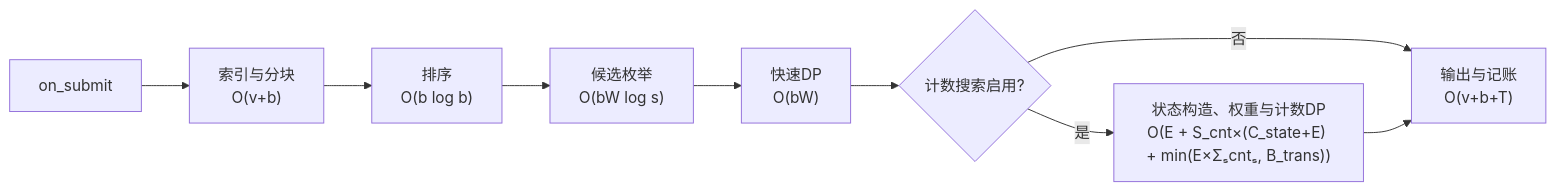
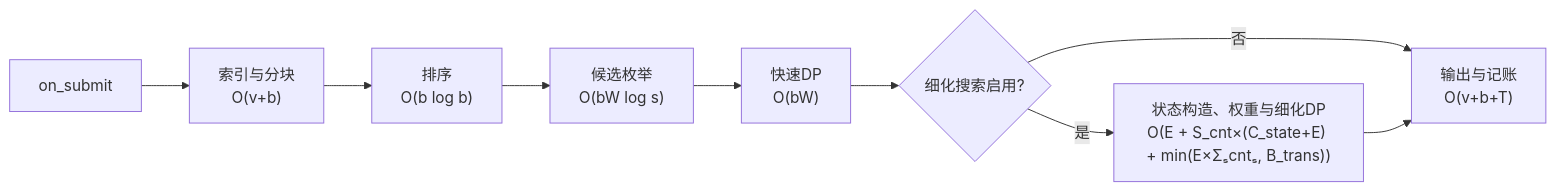
One commit to dpj135/hackathon changed the diagram in submissions/kaisennhu/04_算法设计与复杂度/复杂度分析.md. Above: the diagram before and after it, drawn with Mermaid. The commit also changed other lines of this file and 4 other files, not shown here.

````diff
--- a/submissions/kaisennhu/04_算法设计与复杂度/复杂度分析.md
+++ b/submissions/kaisennhu/04_算法设计与复杂度/复杂度分析.md
@@ -7,11 +7,11 @@
 ```mermaid
 flowchart LR
     A["on_submit"] --> B["索引与分块<br/>O(v+b)"]
     B --> C["排序<br/>O(b log b)"]
     C --> D["候选枚举<br/>O(bW log s)"]
     D --> E["快速DP<br/>O(bW)"]
-    E --> F{"计数搜索启用?"}
-    F -- 是 --> G["状态构造、权重与计数DP<br/>O(E + S_cnt×(C_state+E) + min(E×Σₛcntₛ, B_trans))"]
+    E --> F{"细化搜索启用?"}
+    F -- 是 --> G["状态构造、权重与细化DP<br/>O(E + S_cnt×(C_state+E) + min(E×Σₛcntₛ, B_trans))"]
     F -- 否 --> H["输出与记账<br/>O(v+b+T)"]
     G --> H
 ```
````
